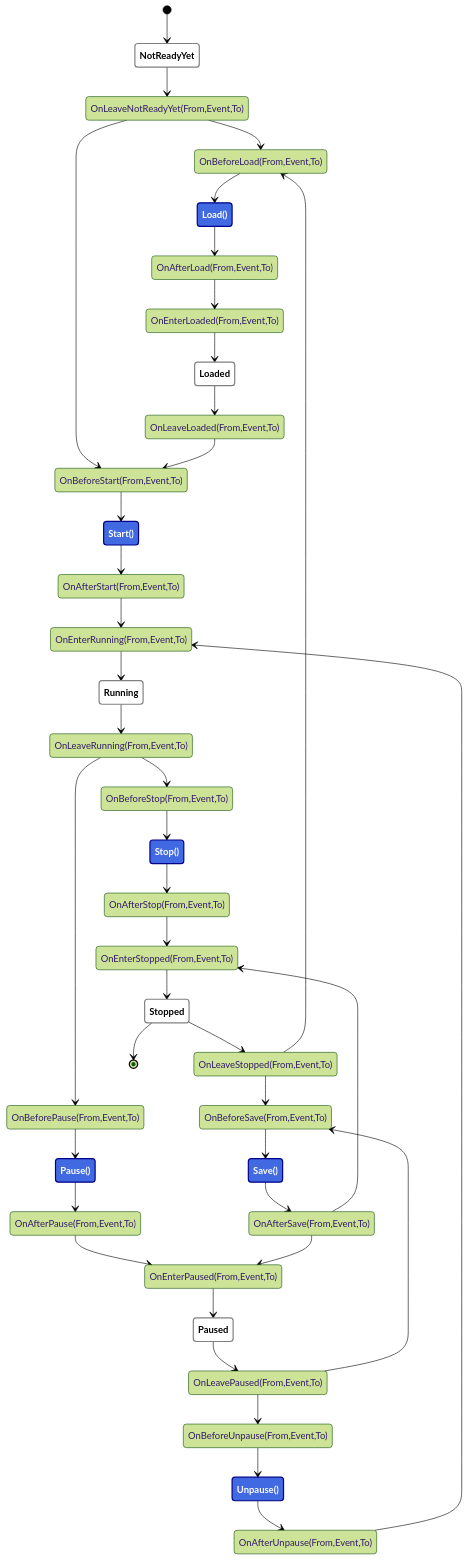
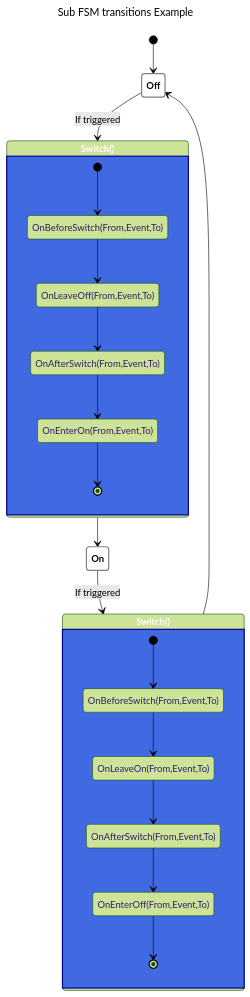
Before and after one commit to ala15v/deust: the second of 2 diagrams in development/deust/Economy/FSM.md, drawn with Mermaid (forest theme). The commit also changed other lines of this file, not shown here.

Commit message:
fix(Economy): FSM diagram

````diff
--- a/development/deust/Economy/FSM.md
+++ b/development/deust/Economy/FSM.md
@@ -1,46 +51,49 @@
 ```mermaid
+---
+title: Sub FSM transitions Example
+---
 stateDiagram-v2
+%% Classes %%
 classDef States fill:white,color:black,font-weight:bold,stroke-width:2px,stroke:grey
 classDef Events fill:royalblue,color:white,font-weight:bold,stroke-width:2px,stroke:darkblue
 
+%% States %%
+Off: Off
+On: On
 
-[*] --> NotReadyYet:::States
-NotReadyYet --> OnLeaveNotReadyYet(From,Event,To)
-OnLeaveNotReadyYet(From,Event,To) --> OnBeforeLoad(From,Event,To)
-OnBeforeLoad(From,Event,To) --> Load():::Events
-Load() --> OnAfterLoad(From,Event,To)
-OnAfterLoad(From,Event,To) --> OnEnterLoaded(From,Event,To)
-OnEnterLoaded(From,Event,To) --> Loaded:::States
-Stopped --> OnLeaveStopped(From,Event,To)
-OnLeaveStopped(From,Event,To) --> OnBeforeLoad(From,Event,To)
-OnLeaveNotReadyYet(From,Event,To) --> OnBeforeStart(From,Event,To)
-OnBeforeStart(From,Event,To) --> Start():::Events
-Start() --> OnAfterStart(From,Event,To)
-OnAfterStart(From,Event,To) --> OnEnterRunning(From,Event,To)
-OnEnterRunning(From,Event,To) --> Running:::States
-Loaded --> OnLeaveLoaded(From,Event,To)
-OnLeaveLoaded(From,Event,To) --> OnBeforeStart(From,Event,To)
-Running --> OnLeaveRunning(From,Event,To)
-OnLeaveRunning(From,Event,To) --> OnBeforeStop(From,Event,To)
-OnBeforeStop(From,Event,To) --> Stop():::Events
-Stop() --> OnAfterStop(From,Event,To)
-OnAfterStop(From,Event,To) --> OnEnterStopped(From,Event,To)
-OnEnterStopped(From,Event,To) --> Stopped:::States
-OnLeaveRunning(From,Event,To) --> OnBeforePause(From,Event,To)
-OnBeforePause(From,Event,To) --> Pause():::Events
-Pause() --> OnAfterPause(From,Event,To)
-OnAfterPause(From,Event,To) --> OnEnterPaused(From,Event,To)
-OnEnterPaused(From,Event,To) --> Paused:::States
-Paused --> OnLeavePaused(From,Event,To)
-OnLeavePaused(From,Event,To) --> OnBeforeUnpause(From,Event,To)
-OnBeforeUnpause(From,Event,To) --> Unpause():::Events
-Unpause() --> OnAfterUnpause(From,Event,To)
-OnAfterUnpause(From,Event,To) --> OnEnterRunning(From,Event,To)
-OnLeavePaused(From,Event,To) --> OnBeforeSave(From,Event,To)
-OnBeforeSave(From,Event,To) --> Save():::Events
-Save() --> OnAfterSave(From,Event,To)
-OnAfterSave(From,Event,To) --> OnEnterPaused(From,Event,To)
-OnAfterSave(From,Event,To) --> OnEnterStopped(From,Event,To)
-OnLeaveStopped(From,Event,To) --> OnBeforeSave(From,Event,To)
-Stopped --> [*]
+%% Events %%
+Switch: Switch()
+Switch2: Switch()
+
+%% Sub FSM %%
+EnterOff: OnEnterOff(From,Event,To)
+LeaveOff: OnLeaveOff(From,Event,To)
+
+EnterOn: OnEnterOn(From,Event,To)
+LeaveOn: OnLeaveOn(From,Event,To)
+
+BeforeSwitch: OnBeforeSwitch(From,Event,To)
+AfterSwitch: OnAfterSwitch(From,Event,To)
+BeforeSwitch2: OnBeforeSwitch(From,Event,To)
+AfterSwitch2: OnAfterSwitch(From,Event,To)
+
+[*] --> Off:::States
+Off --> Switch:::Events: If triggered
+state Switch {
+[*] --> BeforeSwitch
+BeforeSwitch --> LeaveOff
+LeaveOff --> AfterSwitch
+AfterSwitch --> EnterOn
+EnterOn --> [*]
+}
+Switch --> On:::States
+On --> Switch2:::Events: If triggered
+state Switch2 {
+[*] --> BeforeSwitch2
+BeforeSwitch2 --> LeaveOn
+LeaveOn --> AfterSwitch2
+AfterSwitch2 --> EnterOff
+EnterOff --> [*]
+}
+Switch2 --> Off
 ```
````
